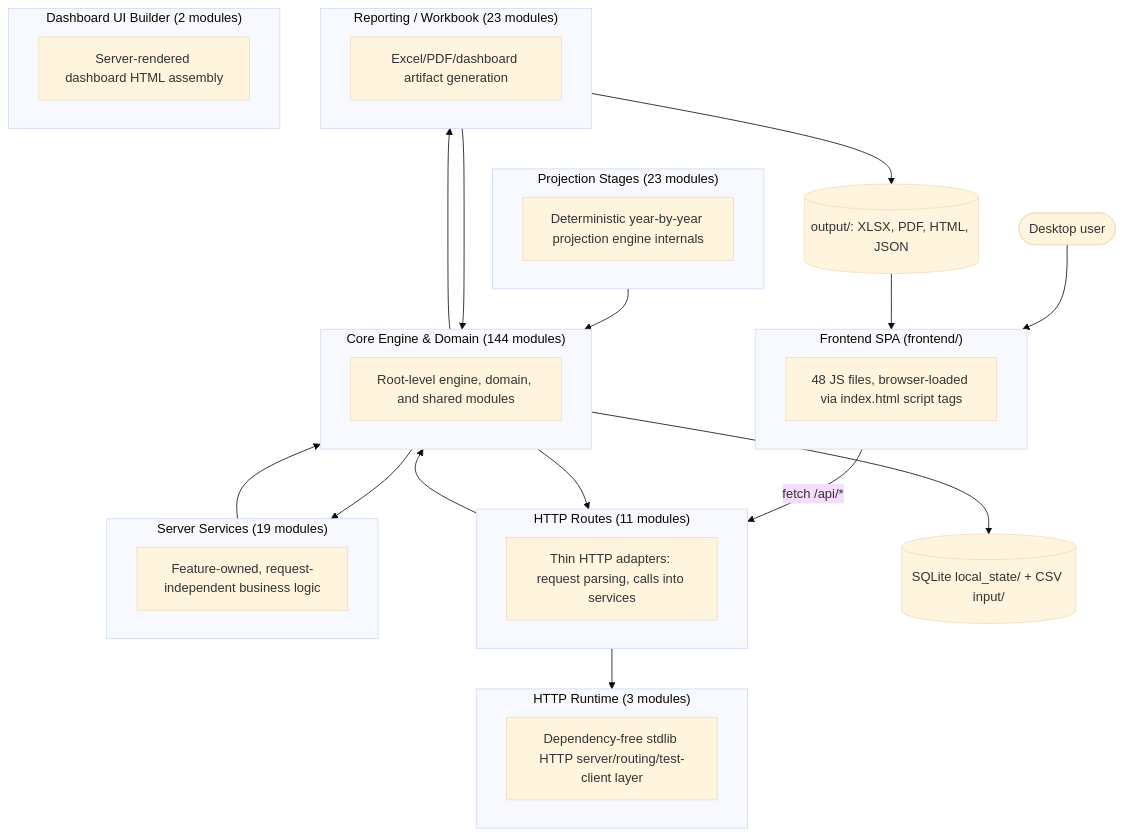
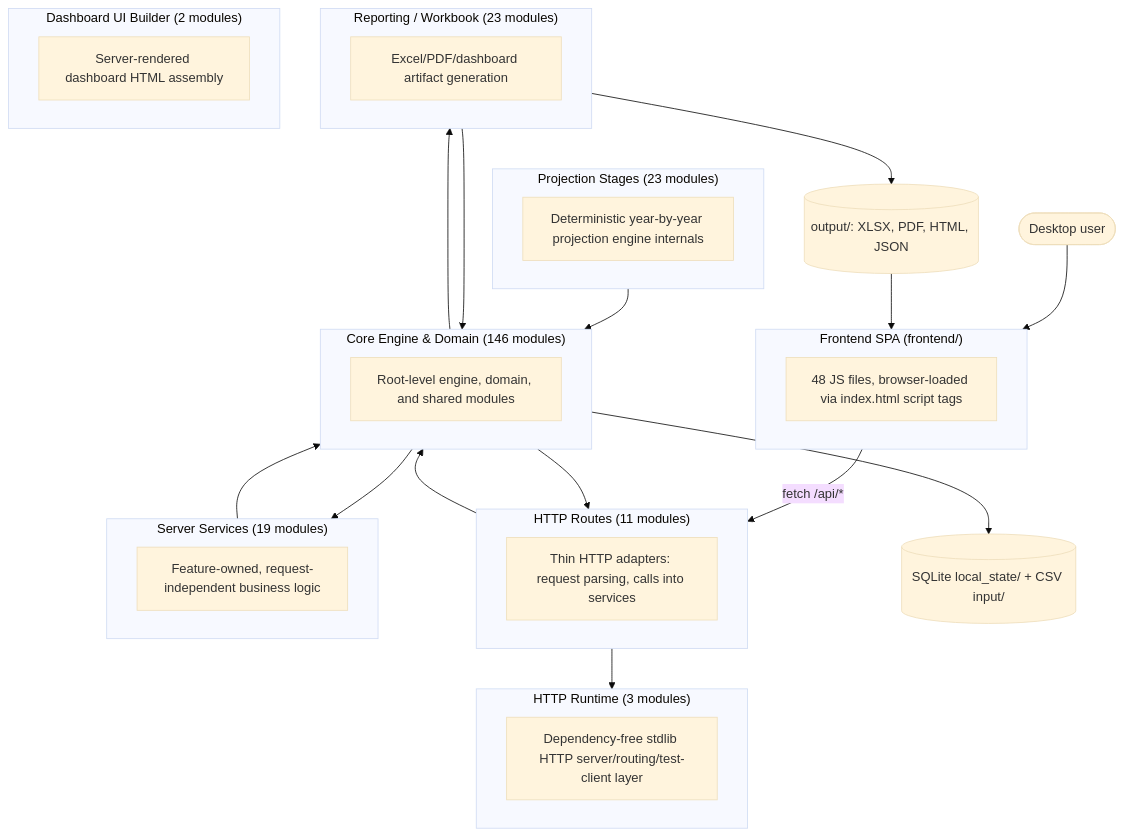
Before and after one commit to matthartzman/retirement_system: the first of 2 diagrams in documentation/reference/SYSTEM_ARCHITECTURE_DIAGRAM.md, drawn with Mermaid (base theme). The commit also changed other lines of this file and 26 other files, not shown here.

````diff
--- a/documentation/reference/SYSTEM_ARCHITECTURE_DIAGRAM.md
+++ b/documentation/reference/SYSTEM_ARCHITECTURE_DIAGRAM.md
@@ -11,40 +11,40 @@
 ```mermaid
 flowchart TB
     User(["Desktop user"]) --> FE
     subgraph FE["Frontend SPA (frontend/)"]
         FEcount["48 JS files, browser-loaded via index.html script tags"]
     end
     FE -->|fetch /api/*| L_HTTP_Routes
     subgraph L_HTTP_Routes["HTTP Routes (11 modules)"]
         L_HTTP_Routes_d["Thin HTTP adapters: request parsing, calls into services"]
     end
     subgraph L_Server_Services["Server Services (19 modules)"]
         L_Server_Services_d["Feature-owned, request-independent business logic"]
     end
     subgraph L_HTTP_Runtime["HTTP Runtime (3 modules)"]
         L_HTTP_Runtime_d["Dependency-free stdlib HTTP server/routing/test-client layer"]
     end
-    subgraph L_Core_Engine___Domain["Core Engine & Domain (144 modules)"]
+    subgraph L_Core_Engine___Domain["Core Engine & Domain (146 modules)"]
         L_Core_Engine___Domain_d["Root-level engine, domain, and shared modules"]
     end
     subgraph L_Projection_Stages["Projection Stages (23 modules)"]
         L_Projection_Stages_d["Deterministic year-by-year projection engine internals"]
     end
     subgraph L_Reporting___Workbook["Reporting / Workbook (23 modules)"]
         L_Reporting___Workbook_d["Excel/PDF/dashboard artifact generation"]
     end
     subgraph L_Dashboard_UI_Builder["Dashboard UI Builder (2 modules)"]
         L_Dashboard_UI_Builder_d["Server-rendered dashboard HTML assembly"]
     end
     L_Core_Engine___Domain --> L_HTTP_Routes
     L_Core_Engine___Domain --> L_Reporting___Workbook
     L_Core_Engine___Domain --> L_Server_Services
     L_HTTP_Routes --> L_Core_Engine___Domain
     L_HTTP_Routes --> L_HTTP_Runtime
     L_Projection_Stages --> L_Core_Engine___Domain
     L_Reporting___Workbook --> L_Core_Engine___Domain
     L_Server_Services --> L_Core_Engine___Domain
     L_Core_Engine___Domain --> DB[("SQLite local_state/ + CSV input/")]
     L_Reporting___Workbook --> Outputs[("output/: XLSX, PDF, HTML, JSON")]
     Outputs --> FE
 ```
````
